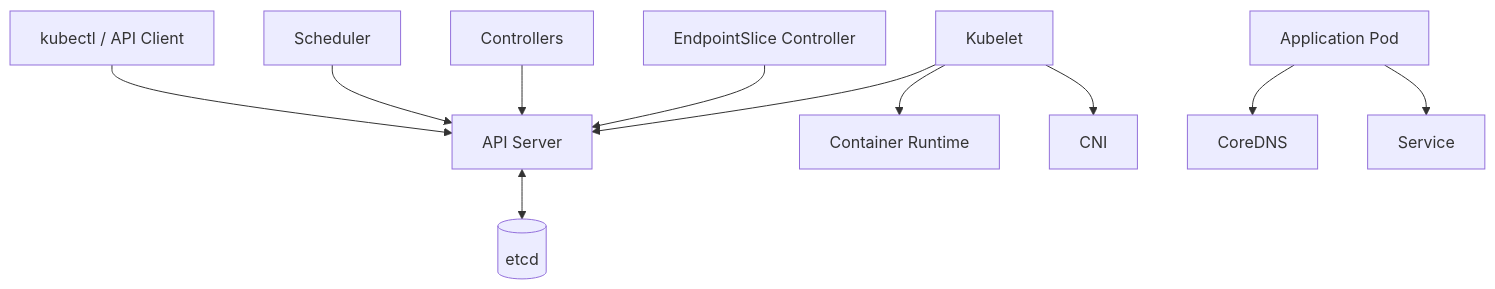
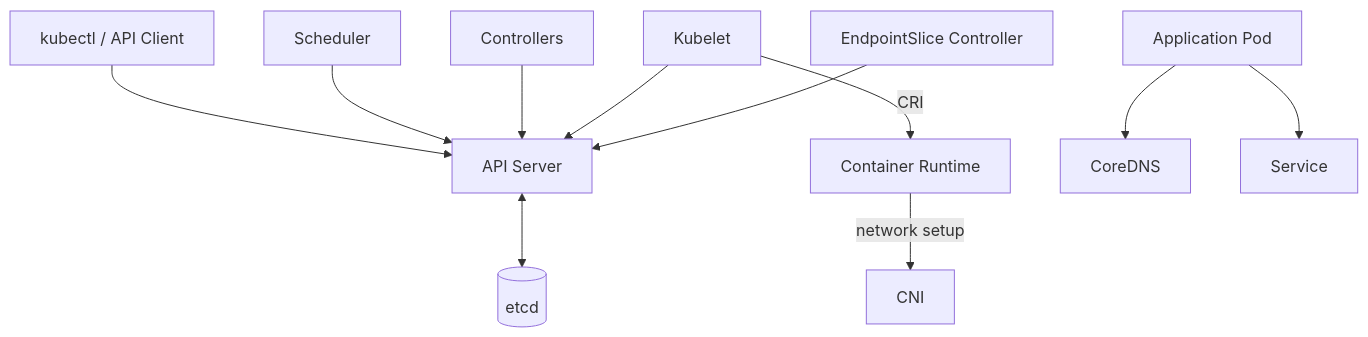
Diagram 19 of 22 in kubernetes-architecture-and-communication-flow.md (karthikreddy432/CKAD), drawn with Mermaid before and after one commit. The commit also changed other lines of this file and 13 other files, not shown here.

````diff
--- a/kubernetes-architecture-and-communication-flow.md
+++ b/kubernetes-architecture-and-communication-flow.md
@@ -827,17 +871,17 @@
 ```mermaid
 flowchart TB
     User["kubectl / API Client"] --> API["API Server"]
     API <--> ETCD[("etcd")]
 
     Scheduler["Scheduler"] --> API
     Controllers["Controllers"] --> API
     Kubelet["Kubelet"] --> API
 
-    Kubelet --> Runtime["Container Runtime"]
-    Kubelet --> CNI["CNI"]
+    Kubelet -->|"CRI"| Runtime["Container Runtime"]
+    Runtime -->|"network setup"| CNI["CNI"]
 
     Pod["Application Pod"] --> DNS["CoreDNS"]
     Pod --> Service["Service"]
 
     EPS["EndpointSlice Controller"] --> API
 ```
````
